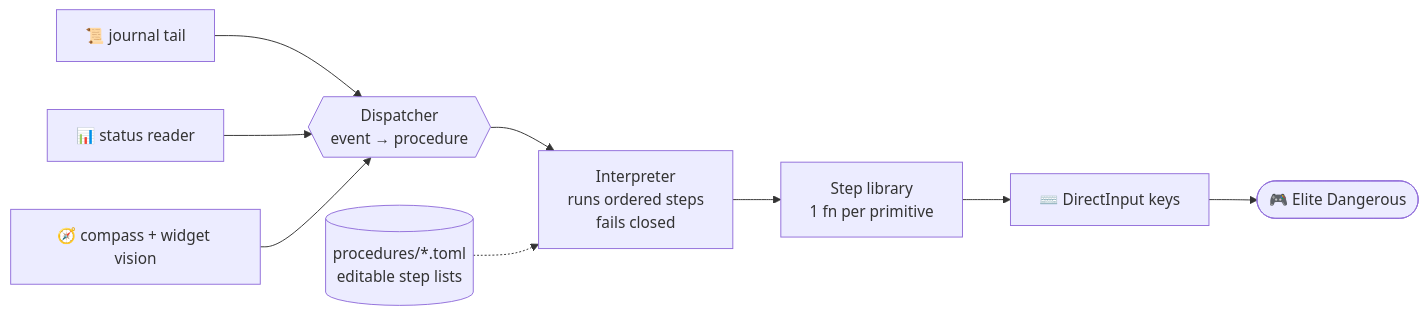
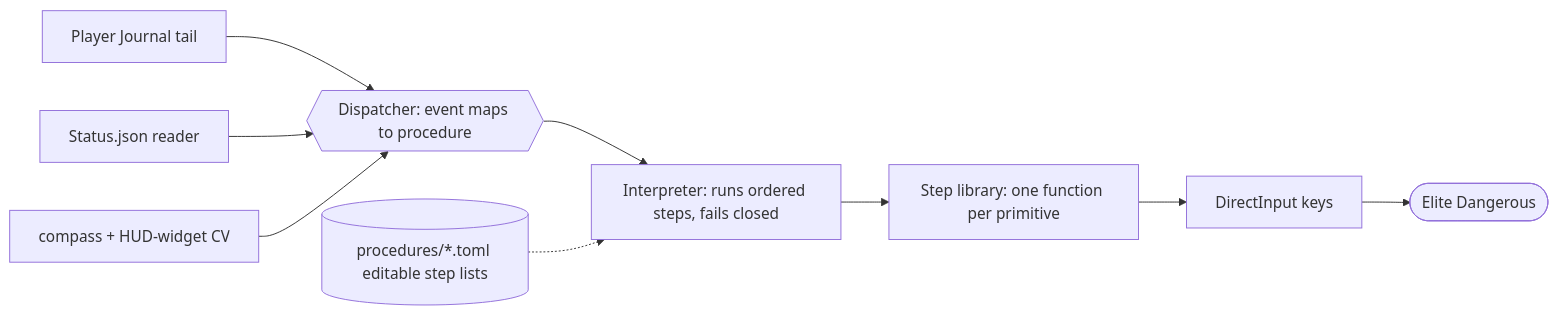
Before and after one commit to Quadstronaut/ED-AFK: the second of 2 diagrams in README.md, drawn with Mermaid. The commit also changed other lines of this file, not shown here.

````diff
--- a/README.md
+++ b/README.md
@@ -87,10 +119,11 @@
 ```mermaid
 flowchart LR
-    J[📜 journal tail] --> D
-    S[📊 status reader] --> D
-    C[🧭 compass + widget vision] --> D
-    D{{Dispatcher\nevent → procedure}} --> I
-    I[Interpreter\nruns ordered steps\nfails closed] --> L[Step library\n1 fn per primitive]
-    L --> K[⌨️ DirectInput keys] --> G([🎮 Elite Dangerous])
-    P[(procedures/*.toml\neditable step lists)] -.-> I
+    journal[Player Journal tail] --> dispatcher
+    status[Status.json reader] --> dispatcher
+    cv[compass + HUD-widget CV] --> dispatcher
+    dispatcher{{Dispatcher: event maps to procedure}} --> interpreter
+    interpreter[Interpreter: runs ordered steps, fails closed] --> steps[Step library: one function per primitive]
+    steps --> keys[DirectInput keys]
+    keys --> game([Elite Dangerous])
+    procs[(procedures/*.toml editable step lists)] -.-> interpreter
 ```
````
